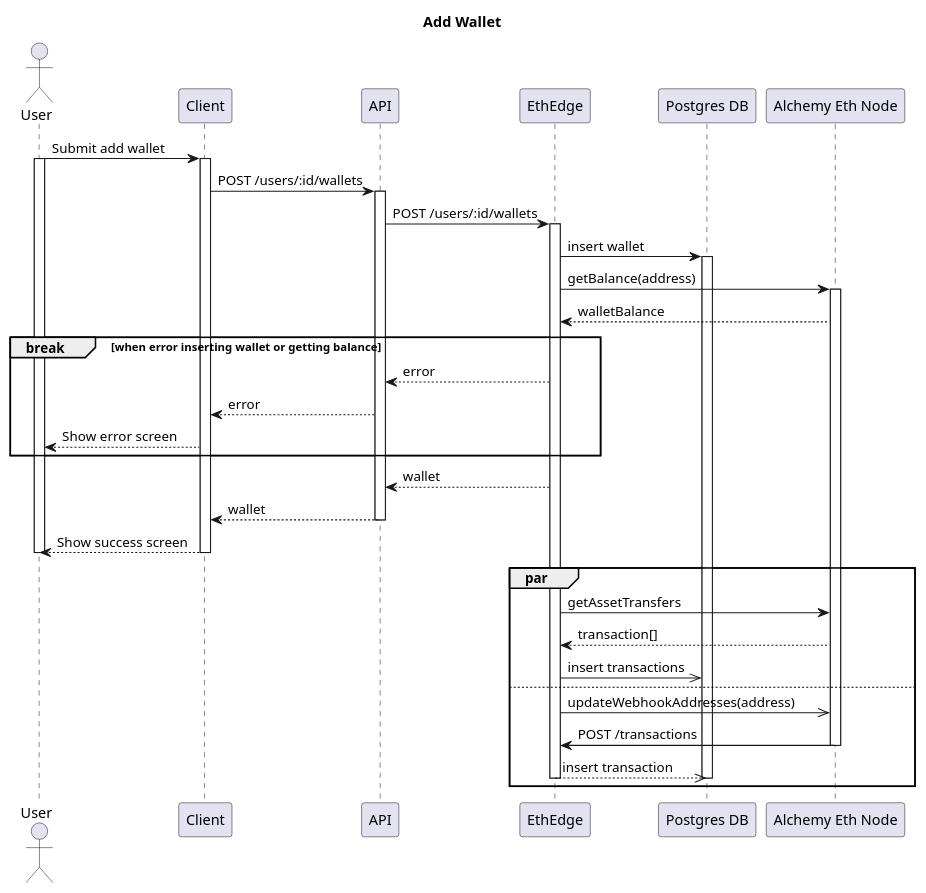
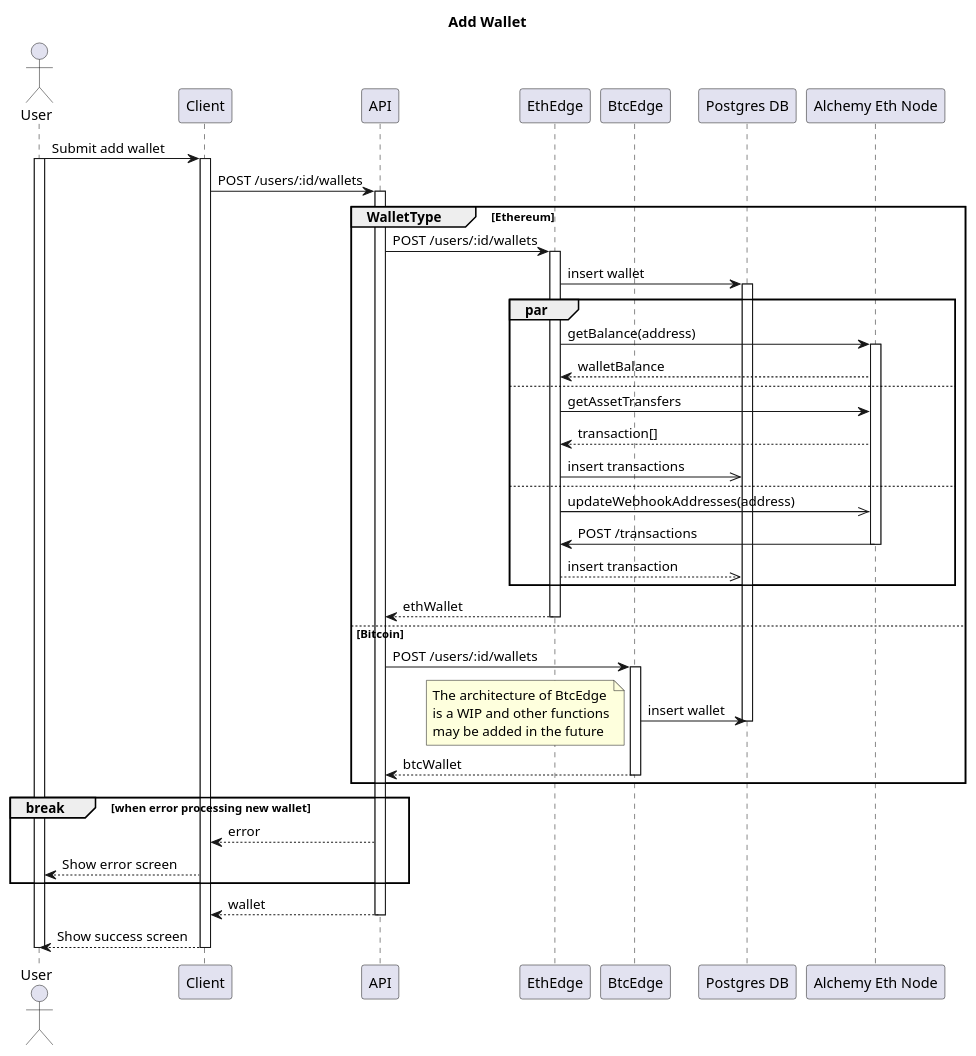
Before and after one commit to SOEN-490-Capstone/Cryptify: the diagram in packages/diagrams/sequence_add_wallet.puml, drawn with PlantUML. The commit also changed 1 other file, not shown here.

Commit message:
Add new diagrams

```diff
--- a/packages/diagrams/sequence_add_wallet.puml
+++ b/packages/diagrams/sequence_add_wallet.puml
@@ -1,50 +1,63 @@
 @startuml
+
 title Add Wallet
 
 actor User
 participant Client
 participant API
 participant EthEdge
+participant BtcEdge
 participant "Postgres DB"
 participant "Alchemy Eth Node"
 
 User -> Client: Submit add wallet
 activate User
 activate Client
 Client -> API: POST /users/:id/wallets
 activate API
-API -> EthEdge: POST /users/:id/wallets
-activate EthEdge
-EthEdge -> "Postgres DB": insert wallet
-activate "Postgres DB"
+group WalletType [Ethereum]
+    API -> EthEdge: POST /users/:id/wallets
+    activate EthEdge
+    EthEdge -> "Postgres DB": insert wallet
+    activate "Postgres DB"
 
-EthEdge -> "Alchemy Eth Node": getBalance(address)
-activate "Alchemy Eth Node"
-"Alchemy Eth Node" --> EthEdge: walletBalance
+    par
+        EthEdge -> "Alchemy Eth Node": getBalance(address)
+        activate "Alchemy Eth Node"
+        "Alchemy Eth Node" --> EthEdge: walletBalance
+    else
+        EthEdge -> "Alchemy Eth Node": getAssetTransfers
+        "Alchemy Eth Node" --> EthEdge: transaction[]
+        EthEdge ->> "Postgres DB": insert transactions
+    else
+        EthEdge ->> "Alchemy Eth Node": updateWebhookAddresses(address)
+        "Alchemy Eth Node" -> EthEdge: POST /transactions
+        deactivate "Alchemy Eth Node"
+        EthEdge -->> "Postgres DB": insert transaction
+    end
 
-break when error inserting wallet or getting balance
-    EthEdge --> API: error
+    EthEdge --> API: ethWallet
+    deactivate EthEdge
+else Bitcoin
+    API -> BtcEdge: POST /users/:id/wallets
+    activate BtcEdge
+    BtcEdge -> "Postgres DB": insert wallet
+    deactivate "Postgres DB"
+    note left: The architecture of BtcEdge\nis a WIP and other functions\nmay be added in the future
+
+    BtcEdge --> API: btcWallet
+    deactivate BtcEdge
+end
+
+break when error processing new wallet
     API --> Client: error
     Client --> User: Show error screen
 end
 
-EthEdge --> API: wallet
 API --> Client: wallet
 deactivate API
 Client --> User: Show success screen
 deactivate Client
 deactivate User
 
-par
-    EthEdge -> "Alchemy Eth Node": getAssetTransfers
-    "Alchemy Eth Node" --> EthEdge: transaction[]
-    EthEdge ->> "Postgres DB": insert transactions
-else
-    EthEdge ->> "Alchemy Eth Node": updateWebhookAddresses(address)
-    "Alchemy Eth Node" -> EthEdge: POST /transactions
-    deactivate "Alchemy Eth Node"
-    EthEdge -->> "Postgres DB": insert transaction
-    deactivate "Postgres DB"
-    deactivate EthEdge
-end
 @enduml
```
